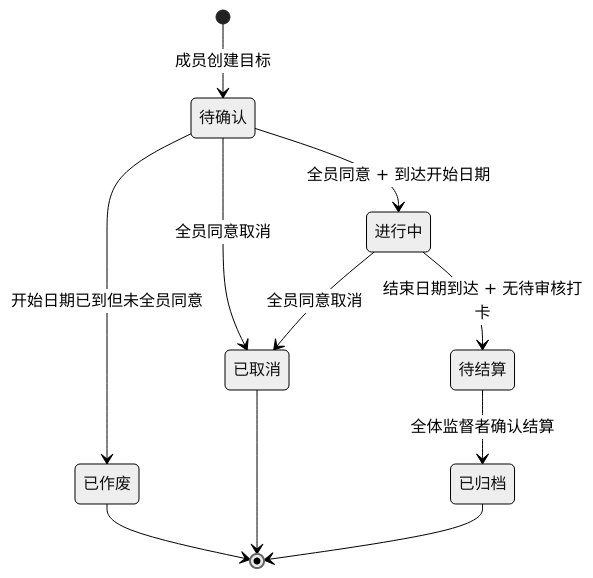
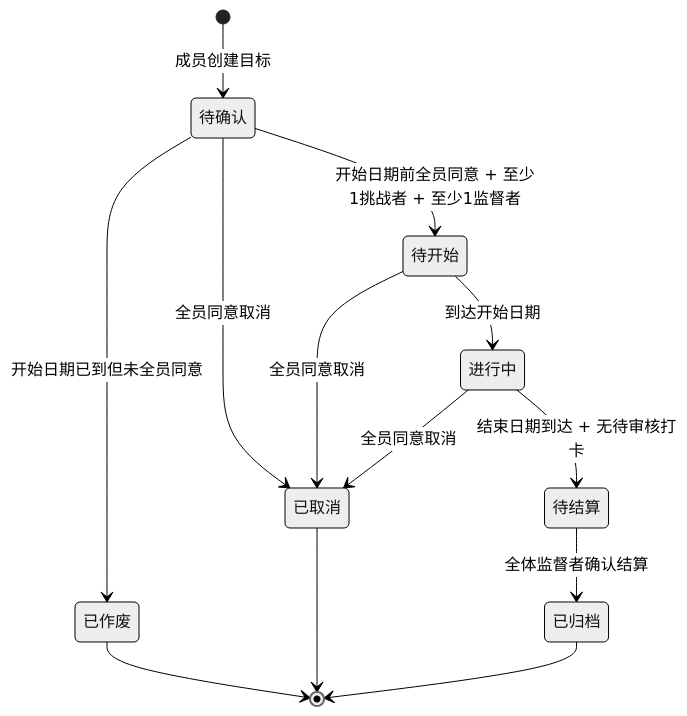
The second of 3 diagrams in docs/prd/PRD-001.md (xpfxzxc/clock-in-pact), drawn with Mermaid (neutral theme) before and after one commit. The commit also changed other lines of this file, not shown here.

Commit message:
docs(prd): 新增目标「待开始」状态，完善状态流转逻辑

````diff
--- a/docs/prd/PRD-001.md
+++ b/docs/prd/PRD-001.md
@@ -90,17 +92,20 @@
 ```mermaid
 stateDiagram-v2
     [*] --> 待确认: 成员创建目标
 
-    待确认 --> 进行中: 全员同意 + 到达开始日期
+    待确认 --> 待开始: 开始日期前全员同意 + 至少1挑战者 + 至少1监督者
     待确认 --> 已作废: 开始日期已到但未全员同意
     待确认 --> 已取消: 全员同意取消
+
+    待开始 --> 进行中: 到达开始日期
+    待开始 --> 已取消: 全员同意取消
 
     进行中 --> 待结算: 结束日期到达 + 无待审核打卡
     进行中 --> 已取消: 全员同意取消
 
     待结算 --> 已归档: 全体监督者确认结算
 
     已作废 --> [*]
     已取消 --> [*]
     已归档 --> [*]
 ```
````
